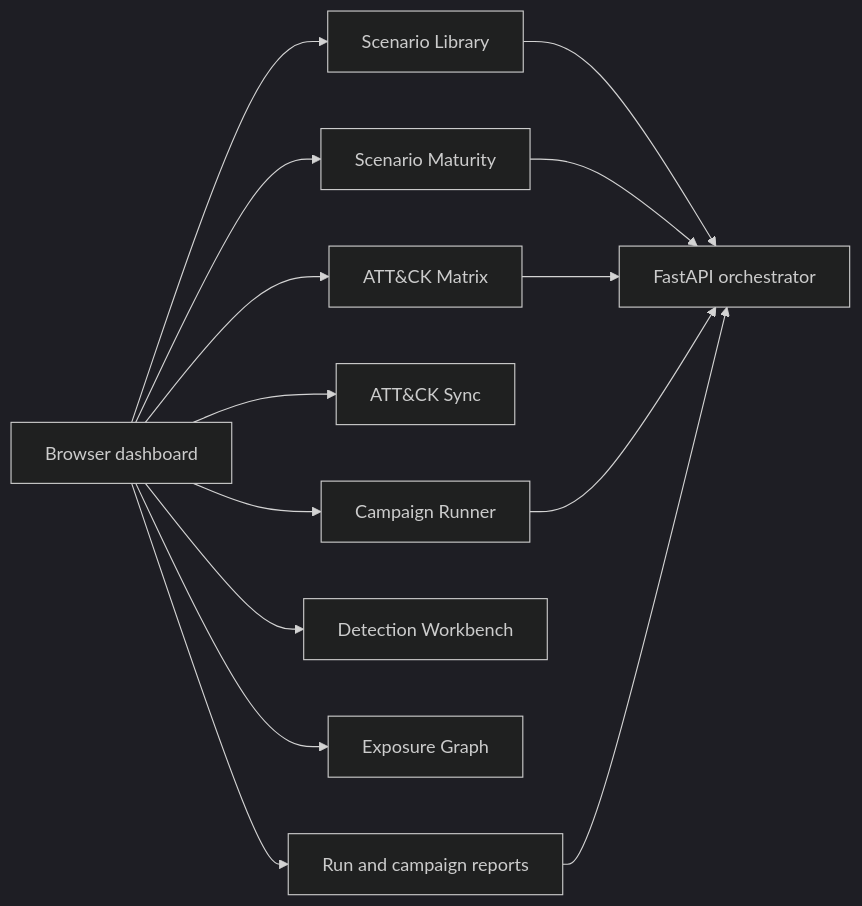
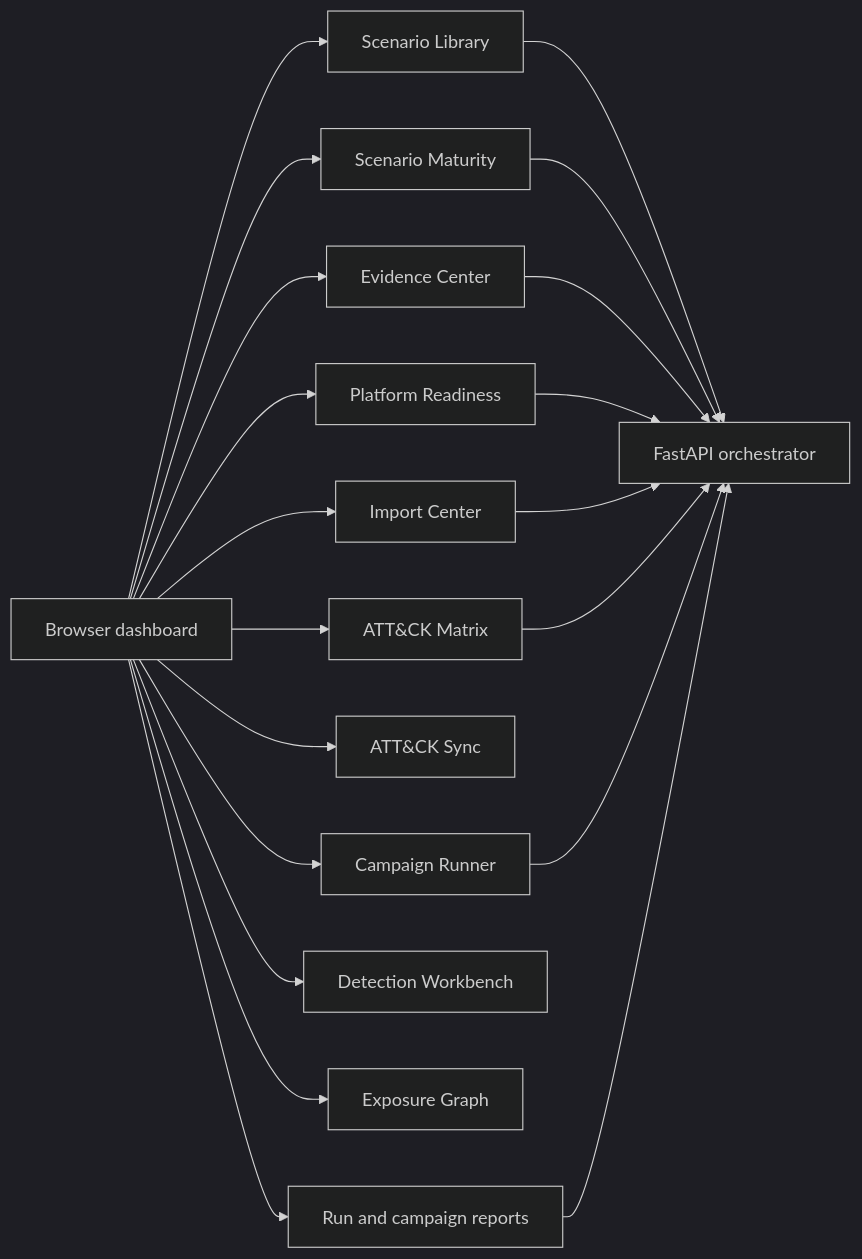
Before and after one commit to omarbabba779xx/APT-Simulator: the first of 5 diagrams in README.md, drawn with Mermaid (dark theme). The commit also changed other lines of this file and 16 other files, not shown here.

````diff
--- a/README.md
+++ b/README.md
@@ -21,16 +24,22 @@
 ```mermaid
 flowchart LR
     Dashboard["Browser dashboard"] --> Library["Scenario Library"]
     Dashboard --> Maturity["Scenario Maturity"]
+    Dashboard --> Evidence["Evidence Center"]
+    Dashboard --> Platform["Platform Readiness"]
+    Dashboard --> Imports["Import Center"]
     Dashboard --> Matrix["ATT&CK Matrix"]
     Dashboard --> Sync["ATT&CK Sync"]
     Dashboard --> Campaigns["Campaign Runner"]
     Dashboard --> Workbench["Detection Workbench"]
     Dashboard --> Exposure["Exposure Graph"]
     Dashboard --> Reports["Run and campaign reports"]
     Library --> API["FastAPI orchestrator"]
     Maturity --> API
+    Evidence --> API
+    Platform --> API
+    Imports --> API
     Matrix --> API
     Campaigns --> API
     Reports --> API
 ```
````
